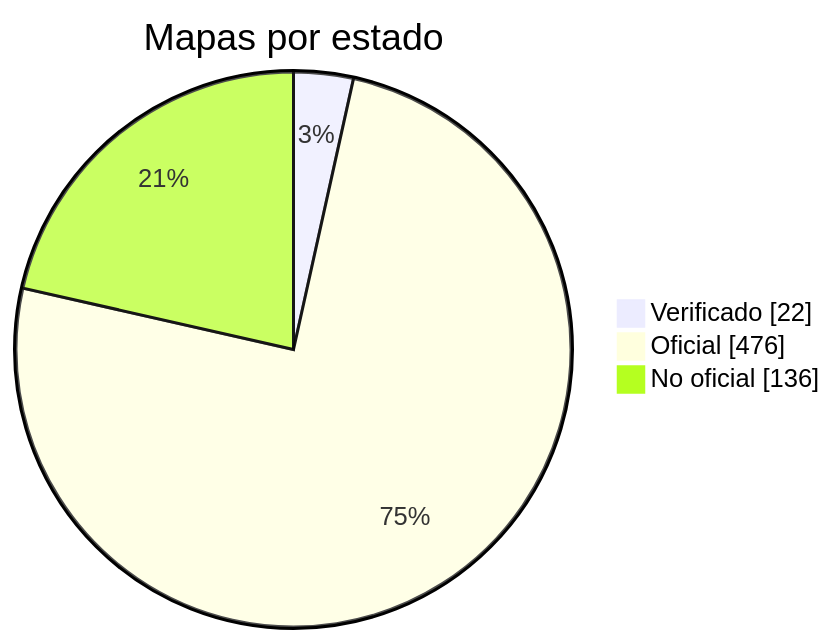
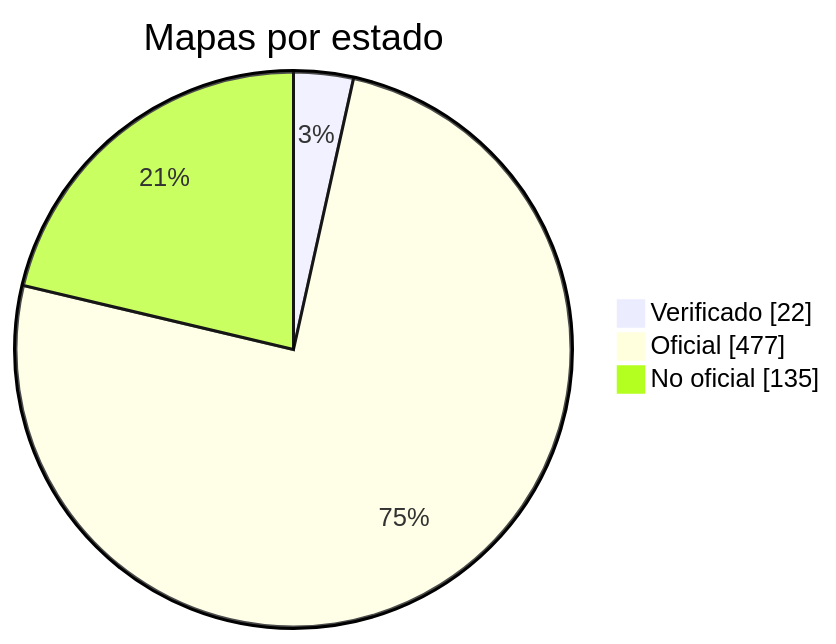
Before and after one commit to nobrega8/mbmap-library: the diagram in docs/readme/README_ES.md, drawn with Mermaid. The commit also changed 8 other files, not shown here.

````diff
--- a/docs/readme/README_ES.md
+++ b/docs/readme/README_ES.md
@@ -54,7 +54,7 @@
 ```mermaid
 pie showData
     title Mapas por estado
     "Verificado" : 22
-    "Oficial" : 476
-    "No oficial" : 136
+    "Oficial" : 477
+    "No oficial" : 135
 ```
````
